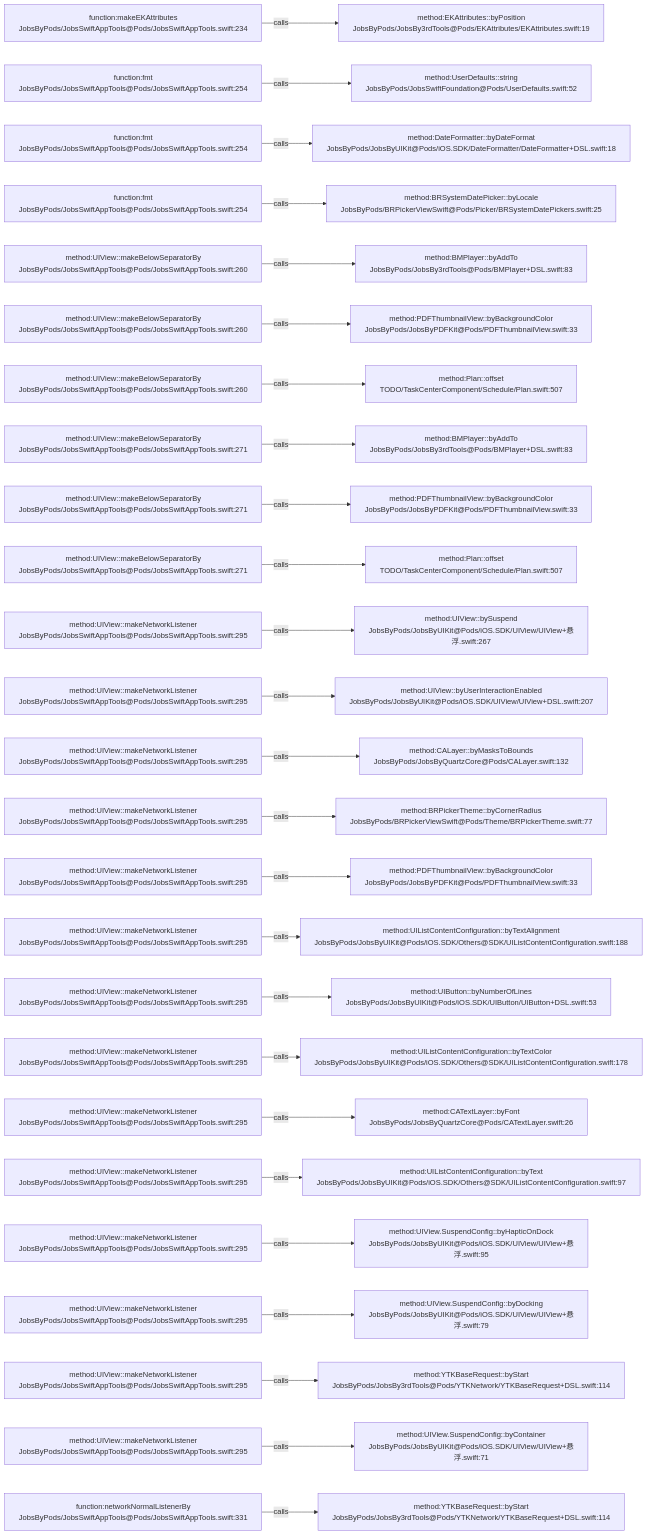
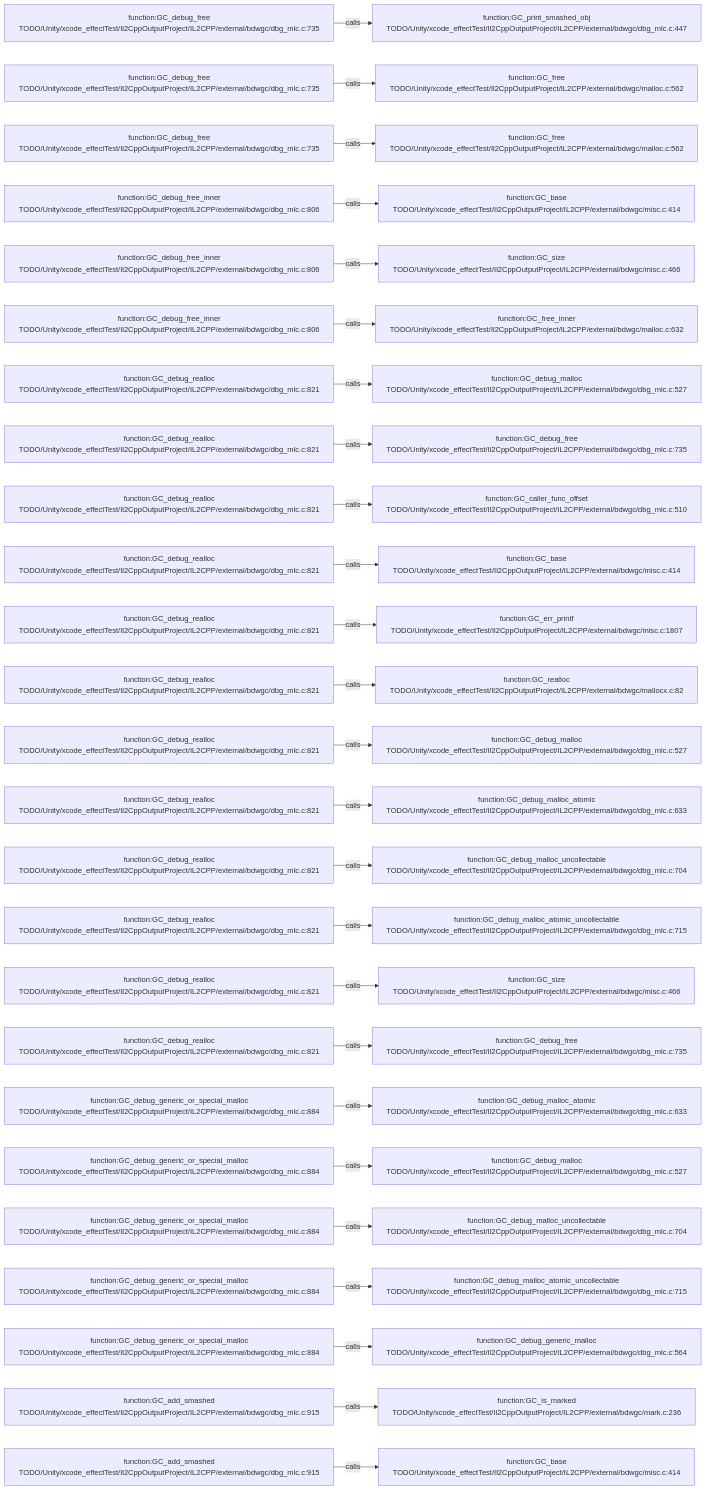
One commit to JobsKits/JobsSwiftBaseConfigDemo changed the diagram in .codegraph/codegraph.md/graphs/calls-168.md. Above: the diagram before and after it, drawn with Mermaid. The commit also changed 569 other files, not shown here.

````diff
--- a/.codegraph/codegraph.md/graphs/calls-168.md
+++ b/.codegraph/codegraph.md/graphs/calls-168.md
@@ -13,78 +13,78 @@
 ```mermaid
 flowchart LR
-  S1["function:makeEKAttributes<br/>JobsByPods/JobsSwiftAppTools@Pods/JobsSwiftAppTools.swift:234"]
-  T1["method:EKAttributes::byPosition<br/>JobsByPods/JobsBy3rdTools@Pods/EKAttributes/EKAttributes.swift:19"]
+  S1["function:GC_debug_free<br/>TODO/Unity/xcode_effectTest/Il2CppOutputProject/IL2CPP/external/bdwgc/dbg_mlc.c:735"]
+  T1["function:GC_print_smashed_obj<br/>TODO/Unity/xcode_effectTest/Il2CppOutputProject/IL2CPP/external/bdwgc/dbg_mlc.c:447"]
   S1 -->|calls| T1
-  S2["function:fmt<br/>JobsByPods/JobsSwiftAppTools@Pods/JobsSwiftAppTools.swift:254"]
-  T2["method:UserDefaults::string<br/>JobsByPods/JobsSwiftFoundation@Pods/UserDefaults.swift:52"]
+  S2["function:GC_debug_free<br/>TODO/Unity/xcode_effectTest/Il2CppOutputProject/IL2CPP/external/bdwgc/dbg_mlc.c:735"]
+  T2["function:GC_free<br/>TODO/Unity/xcode_effectTest/Il2CppOutputProject/IL2CPP/external/bdwgc/malloc.c:562"]
   S2 -->|calls| T2
-  S3["function:fmt<br/>JobsByPods/JobsSwiftAppTools@Pods/JobsSwiftAppTools.swift:254"]
-  T3["method:DateFormatter::byDateFormat<br/>JobsByPods/JobsByUIKit@Pods/iOS.SDK/DateFormatter/DateFormatter+DSL.swift:18"]
+  S3["function:GC_debug_free<br/>TODO/Unity/xcode_effectTest/Il2CppOutputProject/IL2CPP/external/bdwgc/dbg_mlc.c:735"]
+  T3["function:GC_free<br/>TODO/Unity/xcode_effectTest/Il2CppOutputProject/IL2CPP/external/bdwgc/malloc.c:562"]
   S3 -->|calls| T3
-  S4["function:fmt<br/>JobsByPods/JobsSwiftAppTools@Pods/JobsSwiftAppTools.swift:254"]
-  T4["method:BRSystemDatePicker::byLocale<br/>JobsByPods/BRPickerViewSwift@Pods/Picker/BRSystemDatePickers.swift:25"]
+  S4["function:GC_debug_free_inner<br/>TODO/Unity/xcode_effectTest/Il2CppOutputProject/IL2CPP/external/bdwgc/dbg_mlc.c:806"]
+  T4["function:GC_base<br/>TODO/Unity/xcode_effectTest/Il2CppOutputProject/IL2CPP/external/bdwgc/misc.c:414"]
   S4 -->|calls| T4
-  S5["method:UIView::makeBelowSeparatorBy<br/>JobsByPods/JobsSwiftAppTools@Pods/JobsSwiftAppTools.swift:260"]
-  T5["method:BMPlayer::byAddTo<br/>JobsByPods/JobsBy3rdTools@Pods/BMPlayer+DSL.swift:83"]
+  S5["function:GC_debug_free_inner<br/>TODO/Unity/xcode_effectTest/Il2CppOutputProject/IL2CPP/external/bdwgc/dbg_mlc.c:806"]
+  T5["function:GC_size<br/>TODO/Unity/xcode_effectTest/Il2CppOutputProject/IL2CPP/external/bdwgc/misc.c:466"]
   S5 -->|calls| T5
-  S6["method:UIView::makeBelowSeparatorBy<br/>JobsByPods/JobsSwiftAppTools@Pods/JobsSwiftAppTools.swift:260"]
-  T6["method:PDFThumbnailView::byBackgroundColor<br/>JobsByPods/JobsByPDFKit@Pods/PDFThumbnailView.swift:33"]
+  S6["function:GC_debug_free_inner<br/>TODO/Unity/xcode_effectTest/Il2CppOutputProject/IL2CPP/external/bdwgc/dbg_mlc.c:806"]
+  T6["function:GC_free_inner<br/>TODO/Unity/xcode_effectTest/Il2CppOutputProject/IL2CPP/external/bdwgc/malloc.c:632"]
   S6 -->|calls| T6
-  S7["method:UIView::makeBelowSeparatorBy<br/>JobsByPods/JobsSwiftAppTools@Pods/JobsSwiftAppTools.swift:260"]
-  T7["method:Plan::offset<br/>TODO/TaskCenterComponent/Schedule/Plan.swift:507"]
+  S7["function:GC_debug_realloc<br/>TODO/Unity/xcode_effectTest/Il2CppOutputProject/IL2CPP/external/bdwgc/dbg_mlc.c:821"]
+  T7["function:GC_debug_malloc<br/>TODO/Unity/xcode_effectTest/Il2CppOutputProject/IL2CPP/external/bdwgc/dbg_mlc.c:527"]
   S7 -->|calls| T7
-  S8["method:UIView::makeBelowSeparatorBy<br/>JobsByPods/JobsSwiftAppTools@Pods/JobsSwiftAppTools.swift:271"]
-  T8["method:BMPlayer::byAddTo<br/>JobsByPods/JobsBy3rdTools@Pods/BMPlayer+DSL.swift:83"]
+  S8["function:GC_debug_realloc<br/>TODO/Unity/xcode_effectTest/Il2CppOutputProject/IL2CPP/external/bdwgc/dbg_mlc.c:821"]
+  T8["function:GC_debug_free<br/>TODO/Unity/xcode_effectTest/Il2CppOutputProject/IL2CPP/external/bdwgc/dbg_mlc.c:735"]
   S8 -->|calls| T8
-  S9["method:UIView::makeBelowSeparatorBy<br/>JobsByPods/JobsSwiftAppTools@Pods/JobsSwiftAppTools.swift:271"]
-  T9["method:PDFThumbnailView::byBackgroundColor<br/>JobsByPods/JobsByPDFKit@Pods/PDFThumbnailView.swift:33"]
+  S9["function:GC_debug_realloc<br/>TODO/Unity/xcode_effectTest/Il2CppOutputProject/IL2CPP/external/bdwgc/dbg_mlc.c:821"]
+  T9["function:GC_caller_func_offset<br/>TODO/Unity/xcode_effectTest/Il2CppOutputProject/IL2CPP/external/bdwgc/dbg_mlc.c:510"]
   S9 -->|calls| T9
-  S10["method:UIView::makeBelowSeparatorBy<br/>JobsByPods/JobsSwiftAppTools@Pods/JobsSwiftAppTools.swift:271"]
-  T10["method:Plan::offset<br/>TODO/TaskCenterComponent/Schedule/Plan.swift:507"]
+  S10["function:GC_debug_realloc<br/>TODO/Unity/xcode_effectTest/Il2CppOutputProject/IL2CPP/external/bdwgc/dbg_mlc.c:821"]
+  T10["function:GC_base<br/>TODO/Unity/xcode_effectTest/Il2CppOutputProject/IL2CPP/external/bdwgc/misc.c:414"]
   S10 -->|calls| T10
-  S11["method:UIView::makeNetworkListener<br/>JobsByPods/JobsSwiftAppTools@Pods/JobsSwiftAppTools.swift:295"]
-  T11["method:UIView::bySuspend<br/>JobsByPods/JobsByUIKit@Pods/iOS.SDK/UIView/UIView+悬浮.swift:267"]
+  S11["function:GC_debug_realloc<br/>TODO/Unity/xcode_effectTest/Il2CppOutputProject/IL2CPP/external/bdwgc/dbg_mlc.c:821"]
+  T11["function:GC_err_printf<br/>TODO/Unity/xcode_effectTest/Il2CppOutputProject/IL2CPP/external/bdwgc/misc.c:1807"]
   S11 -->|calls| T11
-  S12["method:UIView::makeNetworkListener<br/>JobsByPods/JobsSwiftAppTools@Pods/JobsSwiftAppTools.swift:295"]
-  T12["method:UIView::byUserInteractionEnabled<br/>JobsByPods/JobsByUIKit@Pods/iOS.SDK/UIView/UIView+DSL.swift:207"]
+  S12["function:GC_debug_realloc<br/>TODO/Unity/xcode_effectTest/Il2CppOutputProject/IL2CPP/external/bdwgc/dbg_mlc.c:821"]
+  T12["function:GC_realloc<br/>TODO/Unity/xcode_effectTest/Il2CppOutputProject/IL2CPP/external/bdwgc/mallocx.c:82"]
   S12 -->|calls| T12
-  S13["method:UIView::makeNetworkListener<br/>JobsByPods/JobsSwiftAppTools@Pods/JobsSwiftAppTools.swift:295"]
-  T13["method:CALayer::byMasksToBounds<br/>JobsByPods/JobsByQuartzCore@Pods/CALayer.swift:132"]
+  S13["function:GC_debug_realloc<br/>TODO/Unity/xcode_effectTest/Il2CppOutputProject/IL2CPP/external/bdwgc/dbg_mlc.c:821"]
+  T13["function:GC_debug_malloc<br/>TODO/Unity/xcode_effectTest/Il2CppOutputProject/IL2CPP/external/bdwgc/dbg_mlc.c:527"]
   S13 -->|calls| T13
-  S14["method:UIView::makeNetworkListener<br/>JobsByPods/JobsSwiftAppTools@Pods/JobsSwiftAppTools.swift:295"]
-  T14["method:BRPickerTheme::byCornerRadius<br/>JobsByPods/BRPickerViewSwift@Pods/Theme/BRPickerTheme.swift:77"]
+  S14["function:GC_debug_realloc<br/>TODO/Unity/xcode_effectTest/Il2CppOutputProject/IL2CPP/external/bdwgc/dbg_mlc.c:821"]
+  T14["function:GC_debug_malloc_atomic<br/>TODO/Unity/xcode_effectTest/Il2CppOutputProject/IL2CPP/external/bdwgc/dbg_mlc.c:633"]
   S14 -->|calls| T14
-  S15["method:UIView::makeNetworkListener<br/>JobsByPods/JobsSwiftAppTools@Pods/JobsSwiftAppTools.swift:295"]
-  T15["method:PDFThumbnailView::byBackgroundColor<br/>JobsByPods/JobsByPDFKit@Pods/PDFThumbnailView.swift:33"]
+  S15["function:GC_debug_realloc<br/>TODO/Unity/xcode_effectTest/Il2CppOutputProject/IL2CPP/external/bdwgc/dbg_mlc.c:821"]
+  T15["function:GC_debug_malloc_uncollectable<br/>TODO/Unity/xcode_effectTest/Il2CppOutputProject/IL2CPP/external/bdwgc/dbg_mlc.c:704"]
   S15 -->|calls| T15
-  S16["method:UIView::makeNetworkListener<br/>JobsByPods/JobsSwiftAppTools@Pods/JobsSwiftAppTools.swift:295"]
-  T16["method:UIListContentConfiguration::byTextAlignment<br/>JobsByPods/JobsByUIKit@Pods/iOS.SDK/Others@SDK/UIListContentConfiguration.swift:188"]
+  S16["function:GC_debug_realloc<br/>TODO/Unity/xcode_effectTest/Il2CppOutputProject/IL2CPP/external/bdwgc/dbg_mlc.c:821"]
+  T16["function:GC_debug_malloc_atomic_uncollectable<br/>TODO/Unity/xcode_effectTest/Il2CppOutputProject/IL2CPP/external/bdwgc/dbg_mlc.c:715"]
   S16 -->|calls| T16
-  S17["method:UIView::makeNetworkListener<br/>JobsByPods/JobsSwiftAppTools@Pods/JobsSwiftAppTools.swift:295"]
-  T17["method:UIButton::byNumberOfLines<br/>JobsByPods/JobsByUIKit@Pods/iOS.SDK/UIButton/UIButton+DSL.swift:53"]
+  S17["function:GC_debug_realloc<br/>TODO/Unity/xcode_effectTest/Il2CppOutputProject/IL2CPP/external/bdwgc/dbg_mlc.c:821"]
+  T17["function:GC_size<br/>TODO/Unity/xcode_effectTest/Il2CppOutputProject/IL2CPP/external/bdwgc/misc.c:466"]
   S17 -->|calls| T17
-  S18["method:UIView::makeNetworkListener<br/>JobsByPods/JobsSwiftAppTools@Pods/JobsSwiftAppTools.swift:295"]
-  T18["method:UIListContentConfiguration::byTextColor<br/>JobsByPods/JobsByUIKit@Pods/iOS.SDK/Others@SDK/UIListContentConfiguration.swift:178"]
+  S18["function:GC_debug_realloc<br/>TODO/Unity/xcode_effectTest/Il2CppOutputProject/IL2CPP/external/bdwgc/dbg_mlc.c:821"]
+  T18["function:GC_debug_free<br/>TODO/Unity/xcode_effectTest/Il2CppOutputProject/IL2CPP/external/bdwgc/dbg_mlc.c:735"]
   S18 -->|calls| T18
-  S19["method:UIView::makeNetworkListener<br/>JobsByPods/JobsSwiftAppTools@Pods/JobsSwiftAppTools.swift:295"]
-  T19["method:CATextLayer::byFont<br/>JobsByPods/JobsByQuartzCore@Pods/CATextLayer.swift:26"]
+  S19["function:GC_debug_generic_or_special_malloc<br/>TODO/Unity/xcode_effectTest/Il2CppOutputProject/IL2CPP/external/bdwgc/dbg_mlc.c:884"]
+  T19["function:GC_debug_malloc_atomic<br/>TODO/Unity/xcode_effectTest/Il2CppOutputProject/IL2CPP/external/bdwgc/dbg_mlc.c:633"]
   S19 -->|calls| T19
-  S20["method:UIView::makeNetworkListener<br/>JobsByPods/JobsSwiftAppTools@Pods/JobsSwiftAppTools.swift:295"]
-  T20["method:UIListContentConfiguration::byText<br/>JobsByPods/JobsByUIKit@Pods/iOS.SDK/Others@SDK/UIListContentConfiguration.swift:97"]
+  S20["function:GC_debug_generic_or_special_malloc<br/>TODO/Unity/xcode_effectTest/Il2CppOutputProject/IL2CPP/external/bdwgc/dbg_mlc.c:884"]
+  T20["function:GC_debug_malloc<br/>TODO/Unity/xcode_effectTest/Il2CppOutputProject/IL2CPP/external/bdwgc/dbg_mlc.c:527"]
   S20 -->|calls| T20
-  S21["method:UIView::makeNetworkListener<br/>JobsByPods/JobsSwiftAppTools@Pods/JobsSwiftAppTools.swift:295"]
-  T21["method:UIView.SuspendConfig::byHapticOnDock<br/>JobsByPods/JobsByUIKit@Pods/iOS.SDK/UIView/UIView+悬浮.swift:95"]
+  S21["function:GC_debug_generic_or_special_malloc<br/>TODO/Unity/xcode_effectTest/Il2CppOutputProject/IL2CPP/external/bdwgc/dbg_mlc.c:884"]
+  T21["function:GC_debug_malloc_uncollectable<br/>TODO/Unity/xcode_effectTest/Il2CppOutputProject/IL2CPP/external/bdwgc/dbg_mlc.c:704"]
   S21 -->|calls| T21
-  S22["method:UIView::makeNetworkListener<br/>JobsByPods/JobsSwiftAppTools@Pods/JobsSwiftAppTools.swift:295"]
-  T22["method:UIView.SuspendConfig::byDocking<br/>JobsByPods/JobsByUIKit@Pods/iOS.SDK/UIView/UIView+悬浮.swift:79"]
+  S22["function:GC_debug_generic_or_special_malloc<br/>TODO/Unity/xcode_effectTest/Il2CppOutputProject/IL2CPP/external/bdwgc/dbg_mlc.c:884"]
+  T22["function:GC_debug_malloc_atomic_uncollectable<br/>TODO/Unity/xcode_effectTest/Il2CppOutputProject/IL2CPP/external/bdwgc/dbg_mlc.c:715"]
   S22 -->|calls| T22
-  S23["method:UIView::makeNetworkListener<br/>JobsByPods/JobsSwiftAppTools@Pods/JobsSwiftAppTools.swift:295"]
-  T23["method:YTKBaseRequest::byStart<br/>JobsByPods/JobsBy3rdTools@Pods/YTKNetwork/YTKBaseRequest+DSL.swift:114"]
+  S23["function:GC_debug_generic_or_special_malloc<br/>TODO/Unity/xcode_effectTest/Il2CppOutputProject/IL2CPP/external/bdwgc/dbg_mlc.c:884"]
+  T23["function:GC_debug_generic_malloc<br/>TODO/Unity/xcode_effectTest/Il2CppOutputProject/IL2CPP/external/bdwgc/dbg_mlc.c:564"]
   S23 -->|calls| T23
-  S24["method:UIView::makeNetworkListener<br/>JobsByPods/JobsSwiftAppTools@Pods/JobsSwiftAppTools.swift:295"]
-  T24["method:UIView.SuspendConfig::byContainer<br/>JobsByPods/JobsByUIKit@Pods/iOS.SDK/UIView/UIView+悬浮.swift:71"]
+  S24["function:GC_add_smashed<br/>TODO/Unity/xcode_effectTest/Il2CppOutputProject/IL2CPP/external/bdwgc/dbg_mlc.c:915"]
+  T24["function:GC_is_marked<br/>TODO/Unity/xcode_effectTest/Il2CppOutputProject/IL2CPP/external/bdwgc/mark.c:236"]
   S24 -->|calls| T24
-  S25["function:networkNormalListenerBy<br/>JobsByPods/JobsSwiftAppTools@Pods/JobsSwiftAppTools.swift:331"]
-  T25["method:YTKBaseRequest::byStart<br/>JobsByPods/JobsBy3rdTools@Pods/YTKNetwork/YTKBaseRequest+DSL.swift:114"]
+  S25["function:GC_add_smashed<br/>TODO/Unity/xcode_effectTest/Il2CppOutputProject/IL2CPP/external/bdwgc/dbg_mlc.c:915"]
+  T25["function:GC_base<br/>TODO/Unity/xcode_effectTest/Il2CppOutputProject/IL2CPP/external/bdwgc/misc.c:414"]
   S25 -->|calls| T25
 ```
````
